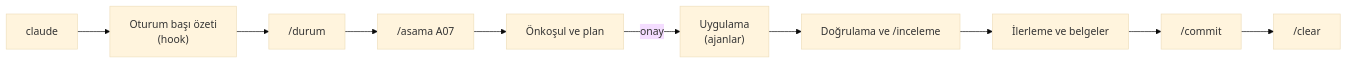
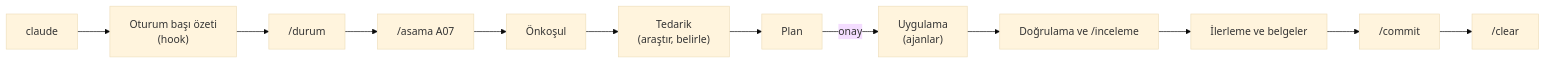
The diagram in docs/10-claude-code/02-calisma-duzeni.md (karasaid379-hue/mutalaa), drawn with Mermaid (base theme) before and after one commit. The commit also changed other lines of this file and 31 other files, not shown here.

````diff
--- a/docs/10-claude-code/02-calisma-duzeni.md
+++ b/docs/10-claude-code/02-calisma-duzeni.md
@@ -10,12 +10,14 @@
 ```mermaid
 flowchart LR
   A["claude"] --> B["Oturum başı özeti<br/>(hook)"]
   B --> C["/durum"]
   C --> D["/asama A07"]
-  D --> E["Önkoşul ve plan"]
-  E -->|"onay"| F["Uygulama<br/>(ajanlar)"]
+  D --> E["Önkoşul"]
+  E --> T["Tedarik<br/>(araştır, belirle)"]
+  T --> P["Plan"]
+  P -->|"onay"| F["Uygulama<br/>(ajanlar)"]
   F --> G["Doğrulama ve /inceleme"]
   G --> H["İlerleme ve belgeler"]
   H --> I["/commit"]
   I --> J["/clear"]
 ```
````
